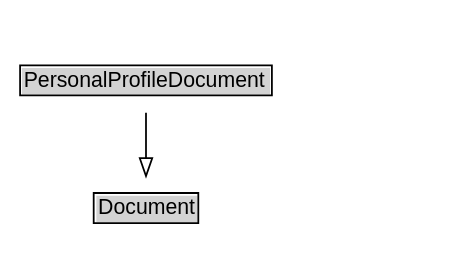
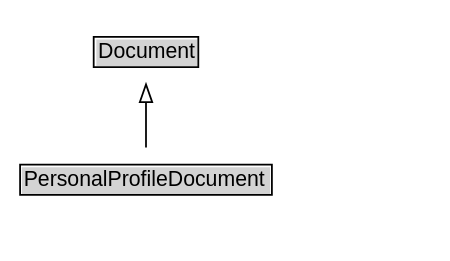
Before and after one commit to k-vaughn/ontology-import-foaf: the diagram in docs/diagrams/PersonalProfileDocument.dot, drawn with Graphviz. The commit also changed 130 other files, not shown here.

```diff
--- a/docs/diagrams/PersonalProfileDocument.dot
+++ b/docs/diagrams/PersonalProfileDocument.dot
@@ -1,16 +1,19 @@
 // Diagram for PersonalProfileDocument
 digraph {
 	graph [overlap=false rankdir=TB splines=true]
 	node [fontname=Arial fontsize=12 margin=0 shape=none]
 	edge [fontname=Arial fontsize=11]
+	{
+		rank=source
+		Document [label=<<TABLE BORDER="1" CELLBORDER="0" CELLSPACING="0" CELLPADDING="1"><TR><TD BGCOLOR="lightgray" ALIGN="CENTER">Document</TD></TR></TABLE>> URL="../Document" margin=0]
+	}
 	PersonalProfileDocument [label=<<TABLE BORDER="1" CELLBORDER="0" CELLSPACING="0" CELLPADDING="1"><TR><TD BGCOLOR="lightgray" ALIGN="CENTER">PersonalProfileDocument</TD></TR></TABLE>> URL="../PersonalProfileDocument" margin=0]
 	{
 		rank=max
 	}
 	subgraph cluster_associated {
 		label="" style=invis
 		Invis [label=<<TABLE BORDER="0" CELLBORDER="0" CELLSPACING="0" CELLPADDING="1"><TR><TD></TD></TR></TABLE>> margin=0 style=invis]
 	}
-	Document [label=<<TABLE BORDER="1" CELLBORDER="0" CELLSPACING="0" CELLPADDING="1"><TR><TD BGCOLOR="lightgray" ALIGN="CENTER">Document</TD></TR></TABLE>> URL="../Document" margin=0]
 	PersonalProfileDocument -> Document [arrowhead=onormal style=solid]
 }
```
